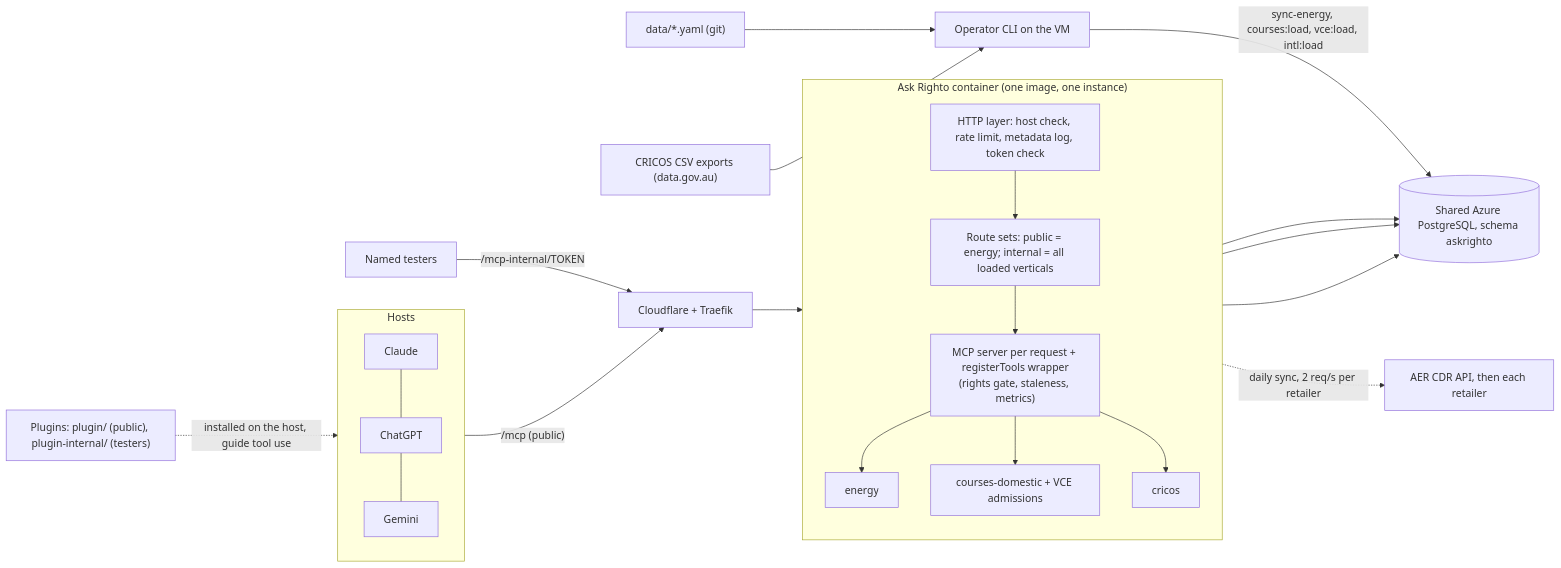
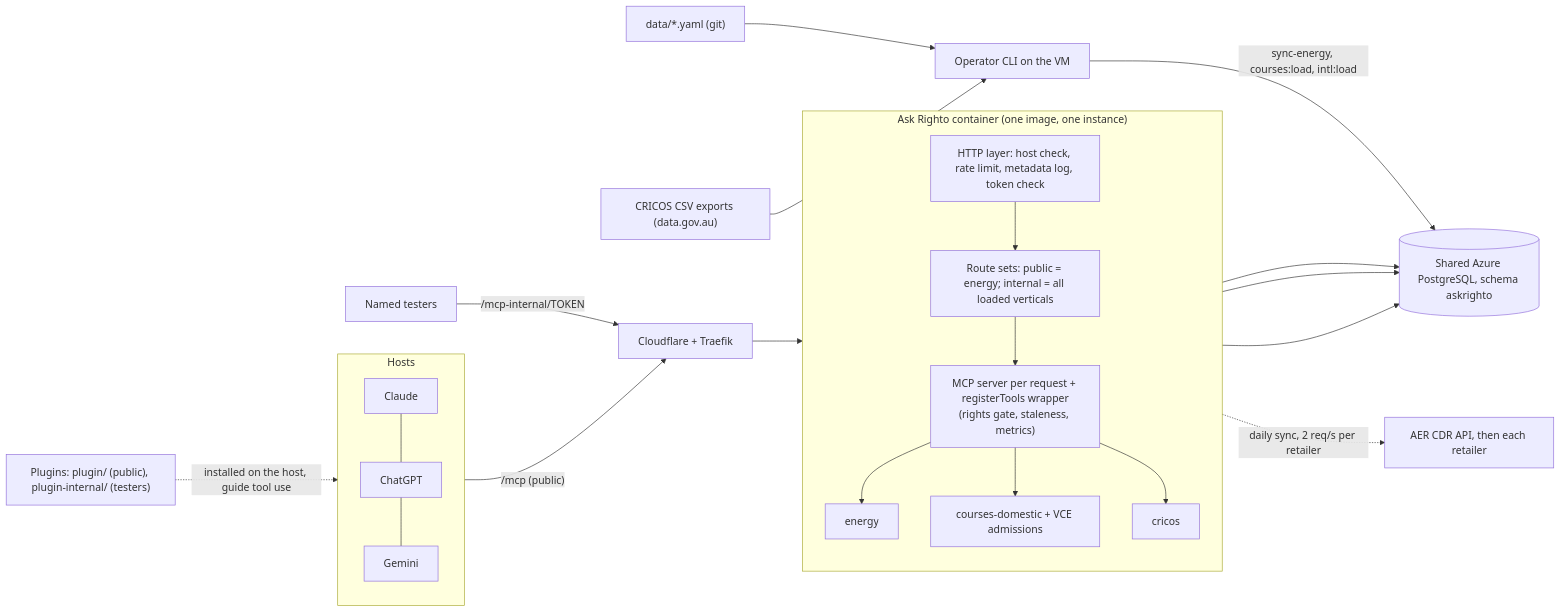
The diagram in docs/architecture.md (feimacode/askrighto), drawn with Mermaid before and after one commit. The commit also changed other lines of this file and 134 other files, not shown here.

````diff
--- a/docs/architecture.md
+++ b/docs/architecture.md
@@ -39,26 +39,26 @@
 ```mermaid
 flowchart LR
   subgraph Hosts
     C[Claude] --- X[ChatGPT] --- G[Gemini]
   end
   Hosts -->|"/mcp (public)"| T[Cloudflare + Traefik]
   Testers["Named testers"] -->|"/mcp-internal/TOKEN"| T
   T --> S
   subgraph S["Ask Righto container (one image, one instance)"]
     direction TB
     H["HTTP layer: host check, rate limit, metadata log, token check"]
     R["Route sets: public = energy; internal = all loaded verticals"]
     M["MCP server per request + registerTools wrapper<br/>(rights gate, staleness, metrics)"]
     V1["energy"]
     V2["courses-domestic + VCE admissions"]
     V3["cricos"]
     H --> R --> M
     M --> V1 & V2 & V3
   end
   V1 & V2 & V3 --> P[("Shared Azure PostgreSQL, schema askrighto")]
   V1 -. "daily sync, 2 req/s per retailer" .-> A[AER CDR API, then each retailer]
-  Ops["Operator CLI on the VM"] -->|"sync-energy, courses:load, vce:load, intl:load"| P
+  Ops["Operator CLI on the VM"] -->|"sync-energy, courses:load, intl:load"| P
   Files["data/*.yaml (git)"] --> Ops
   CRICOS["CRICOS CSV exports (data.gov.au)"] --> Ops
   Skills["Plugins: plugin/ (public), plugin-internal/ (testers)"] -.->|"installed on the host, guide tool use"| Hosts
 ```
````
